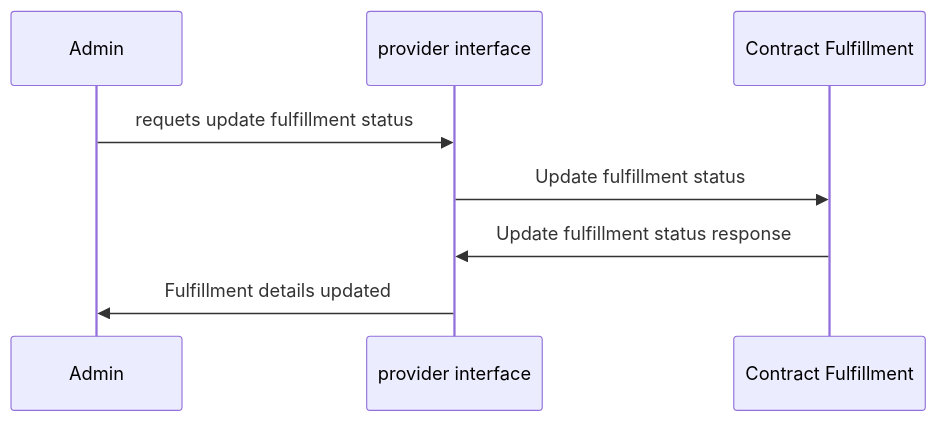
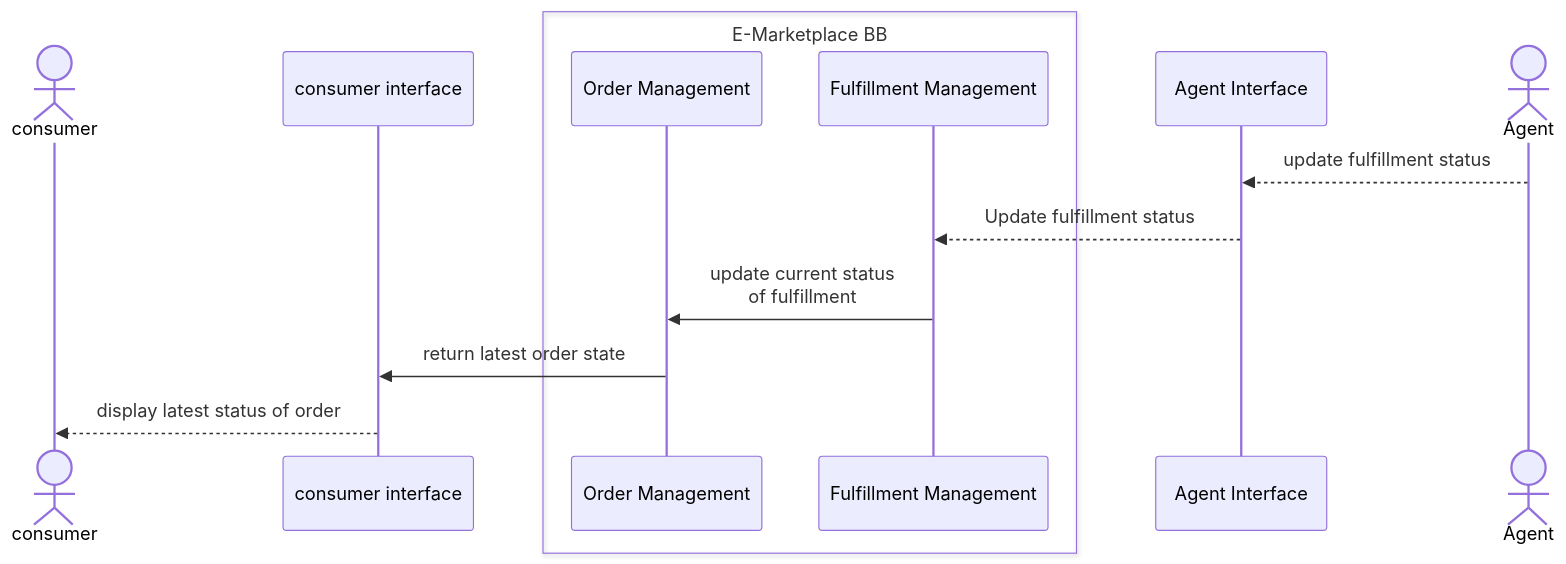
One commit to GovStackWorkingGroup/bb-emarketplace changed the sixth of 15 diagrams in spec/9-workflows.md. Above: the diagram before and after it, drawn with Mermaid. The commit also changed other lines of this file, not shown here.

Commit message:
GITBOOK-54: Update Sequence Diagrams - Checking status of an order

````diff
--- a/spec/9-workflows.md
+++ b/spec/9-workflows.md
@@ -184,8 +184,16 @@
 ```mermaid
 sequenceDiagram
-    
-Admin->>provider interface: requets update fulfillment status
-provider interface->>Contract Fulfillment:Update fulfillment status
-Contract Fulfillment->>provider interface:Update fulfillment status response
-provider interface->>Admin:Fulfillment details updated
+    Actor consumer
+    participant consumer interface
+    box E-Marketplace BB
+    participant Order Management
+    participant Fulfillment Management
+    end
+    participant Agent Interface
+    Actor Agent
+    Agent -->> Agent Interface: update fulfillment status
+    Agent Interface-->>Fulfillment Management: Update fulfillment status
+    Fulfillment Management->>Order Management: update current status <br/> of fulfillment
+    Order Management->>consumer interface: return latest order state
+    consumer interface-->>consumer: display latest status of order
 ```
````
